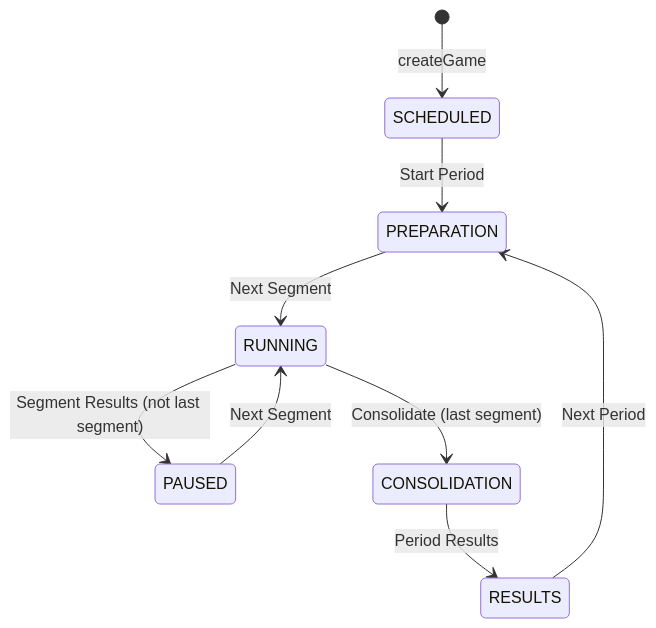
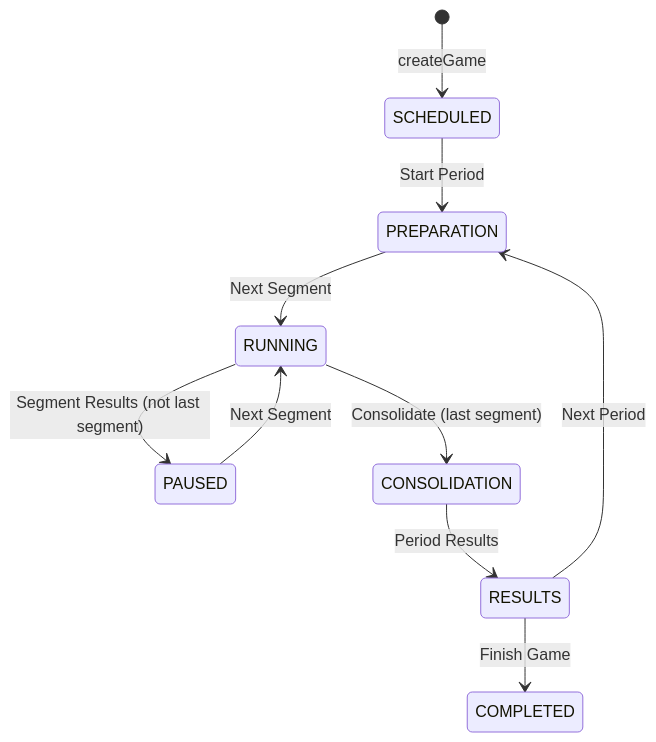
One commit to uzh-bf/gbl-uzh changed the diagram in docs/game-lifecycle.md. Above: the diagram before and after it, drawn with Mermaid. The commit also changed other lines of this file and 22 other files, not shown here.

Commit message:
feat(platform, demo-game): finish period without a next period and finish game button (#232)

````diff
--- a/docs/game-lifecycle.md
+++ b/docs/game-lifecycle.md
@@ -20,11 +20,12 @@
 ```mermaid
 stateDiagram-v2
     [*] --> SCHEDULED: createGame
     SCHEDULED --> PREPARATION: Start Period
     PREPARATION --> RUNNING: Next Segment
     RUNNING --> PAUSED: Segment Results (not last segment)
     PAUSED --> RUNNING: Next Segment
     RUNNING --> CONSOLIDATION: Consolidate (last segment)
     CONSOLIDATION --> RESULTS: Period Results
     RESULTS --> PREPARATION: Next Period
+    RESULTS --> COMPLETED: Finish Game
 ```
````
